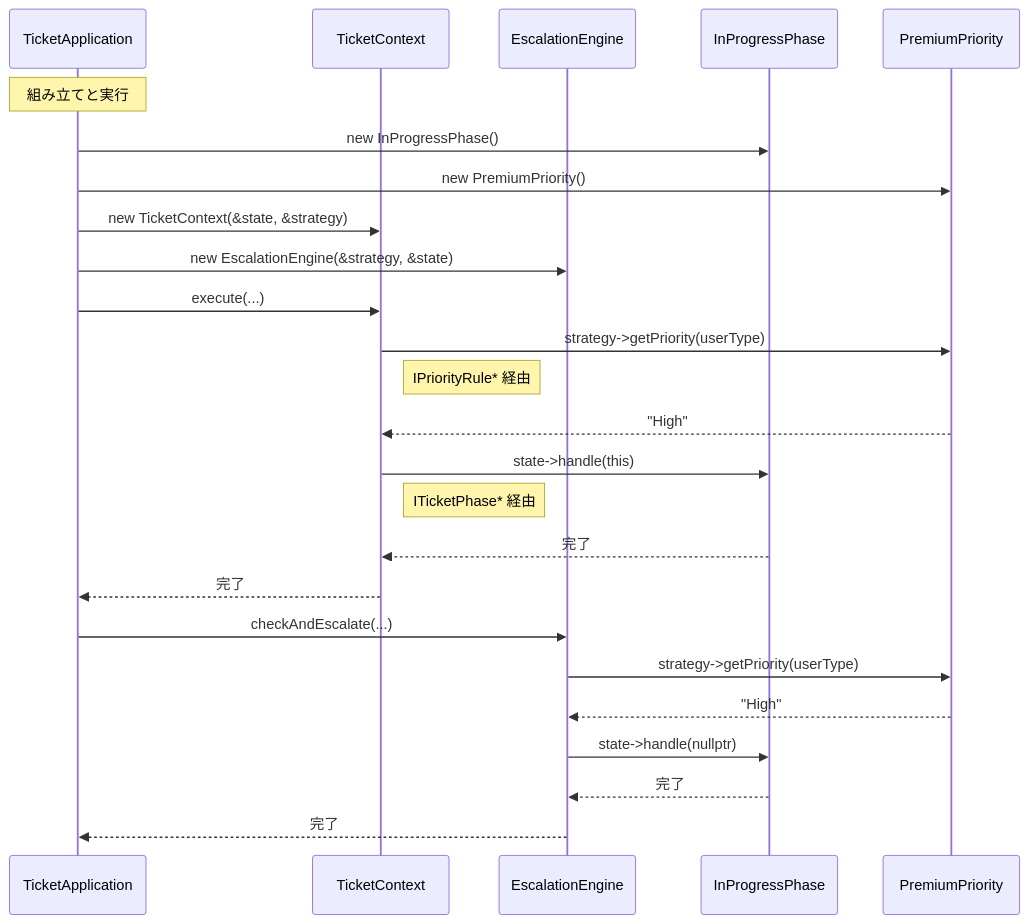
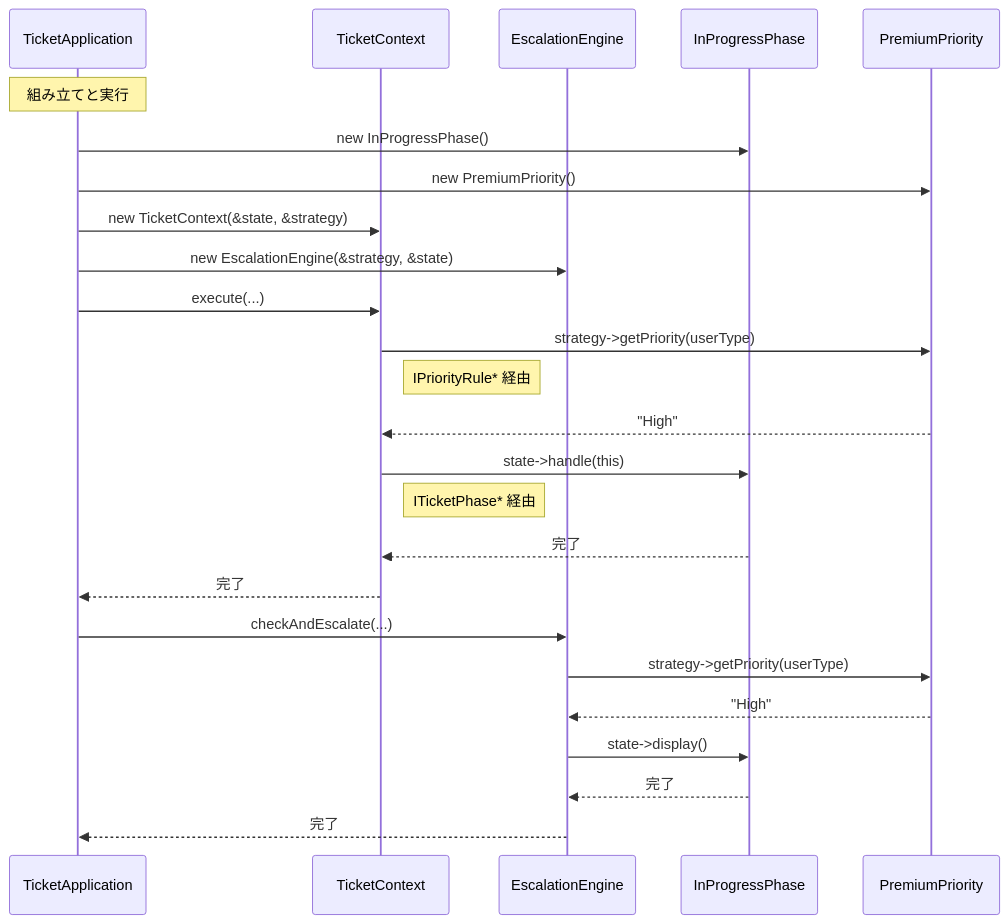
One commit to kumachan1101-pixel/DesignPattern changed diagram 12 of 15 in kindle/design-patterns/output/chapter09_2.md. Above: the diagram before and after it, drawn with Mermaid. The commit also changed other lines of this file and 1 other file, not shown here.

````diff
--- a/kindle/design-patterns/output/chapter09_2.md
+++ b/kindle/design-patterns/output/chapter09_2.md
@@ -1511,27 +1529,27 @@
 ```mermaid
 sequenceDiagram
     participant App as TicketApplication
     participant TM as TicketContext
     participant EE as EscalationEngine
     participant IS as InProgressPhase
     participant PP as PremiumPriority
     Note over App: 組み立てと実行
     App->>IS: new InProgressPhase()
     App->>PP: new PremiumPriority()
     App->>TM: new TicketContext(&state, &strategy)
     App->>EE: new EscalationEngine(&strategy, &state)
     App->>TM: execute(...)
     TM->>PP: strategy->getPriority(userType)
     Note right of TM: IPriorityRule* 経由
     PP-->>TM: "High"
     TM->>IS: state->handle(this)
     Note right of TM: ITicketPhase* 経由
     IS-->>TM: 完了
     TM-->>App: 完了
     App->>EE: checkAndEscalate(...)
     EE->>PP: strategy->getPriority(userType)
     PP-->>EE: "High"
-    EE->>IS: state->handle(nullptr)
+    EE->>IS: state->display()
     IS-->>EE: 完了
     EE-->>App: 完了
 ```
````
